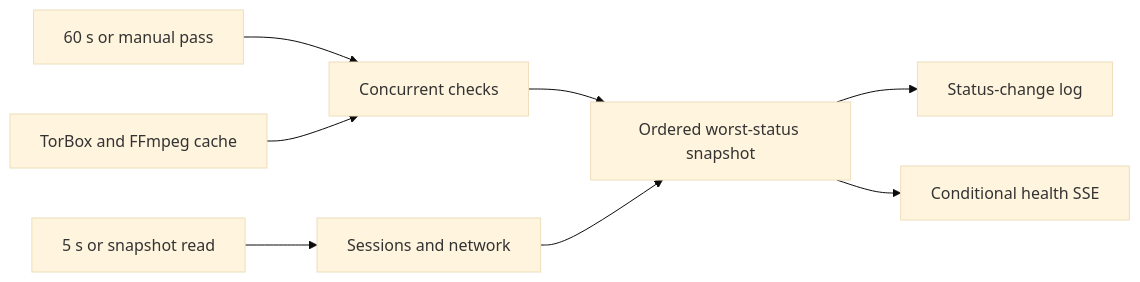
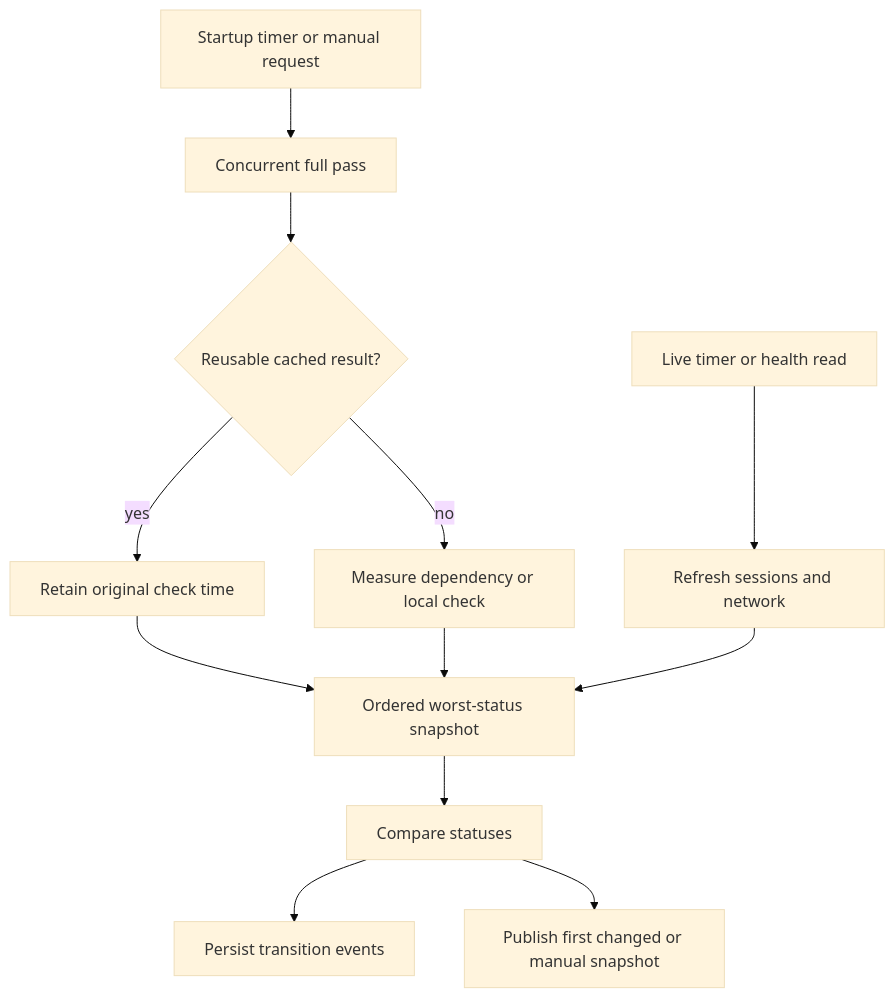
The diagram in droid-wiki/systems/health.md (VeroxAUS/homestream), drawn with Mermaid (base theme) before and after one commit. The commit also changed other lines of this file and 58 other files, not shown here.

````diff
--- a/droid-wiki/systems/health.md
+++ b/droid-wiki/systems/health.md
@@ -24,10 +30,14 @@
 ```mermaid
-graph LR
-    Full[60 s or manual pass] --> Checks[Concurrent checks]
-    Cache[TorBox and FFmpeg cache] --> Checks
-    Live[5 s or snapshot read] --> Memory[Sessions and network]
-    Checks --> Snapshot[Ordered worst-status snapshot]
-    Memory --> Snapshot
-    Snapshot --> Events[Status-change log]
-    Snapshot --> Stream[Conditional health SSE]
+graph TD
+    Trigger[Startup timer or manual request] --> Full[Concurrent full pass]
+    Full --> Cache{Reusable cached result?}
+    Cache -->|yes| Keep[Retain original check time]
+    Cache -->|no| Measure[Measure dependency or local check]
+    Keep --> Snapshot[Ordered worst-status snapshot]
+    Measure --> Snapshot
+    Live[Live timer or health read] --> Cheap[Refresh sessions and network]
+    Cheap --> Snapshot
+    Snapshot --> Compare[Compare statuses]
+    Compare --> Events[Persist transition events]
+    Compare --> SSE[Publish first changed or manual snapshot]
 ```
````
